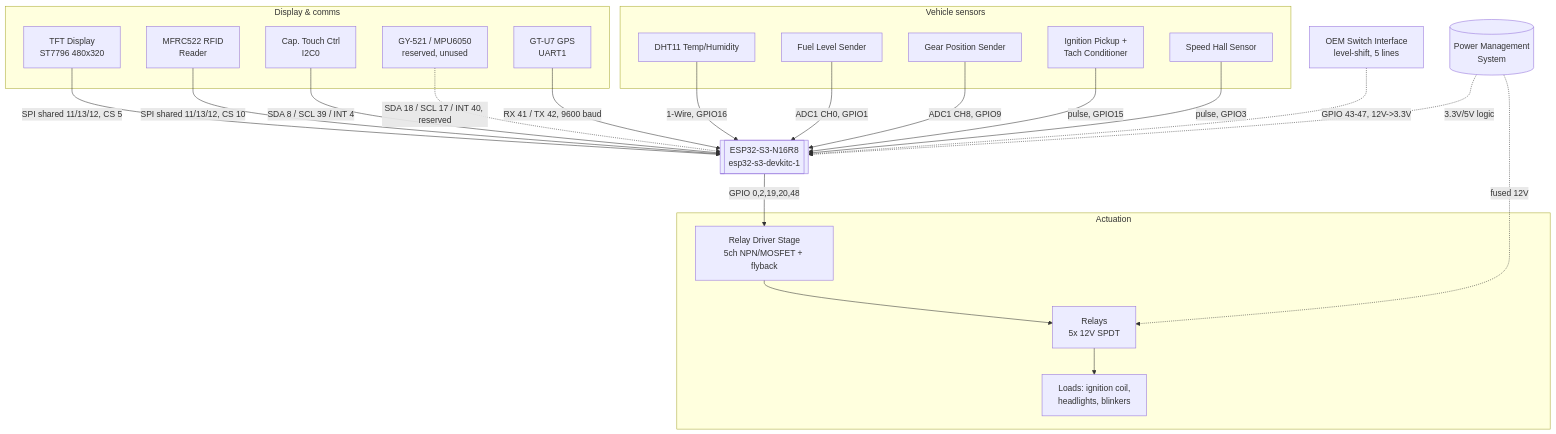
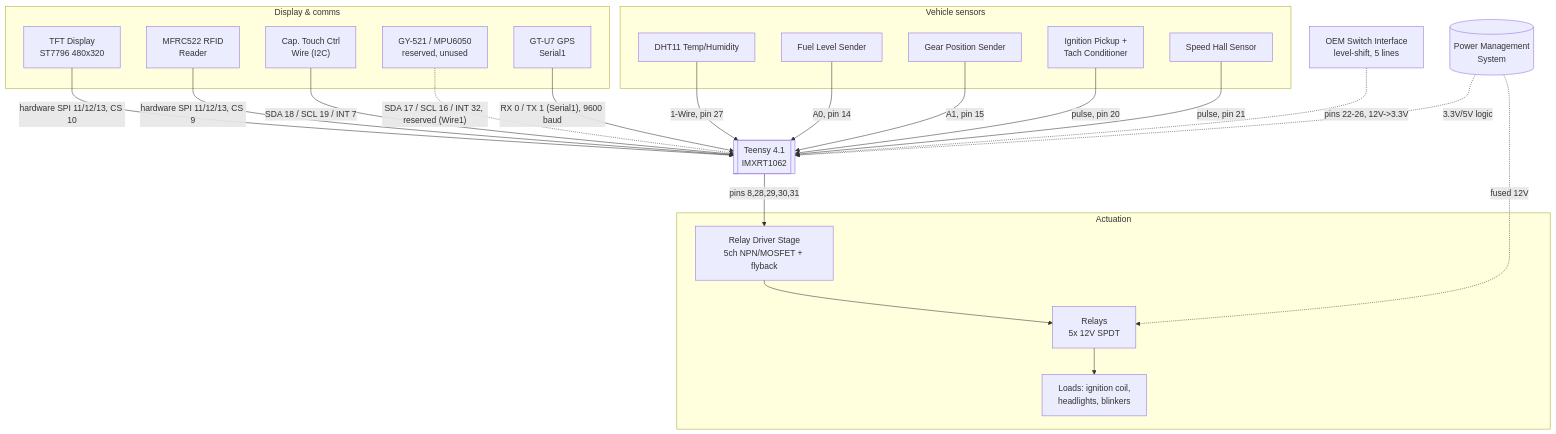
The first of 2 diagrams in WIRING.md (JakeVandal/DucatiElectronics), drawn with Mermaid before and after one commit. The commit also changed other lines of this file and 5 other files, not shown here.

````diff
--- a/WIRING.md
+++ b/WIRING.md
@@ -10,49 +12,49 @@
 ```mermaid
 flowchart TB
     subgraph UI["Display & comms"]
         TFT["TFT Display<br/>ST7796 480x320"]
         RFID["MFRC522 RFID<br/>Reader"]
-        TOUCH["Cap. Touch Ctrl<br/>I2C0"]
+        TOUCH["Cap. Touch Ctrl<br/>Wire (I2C)"]
         IMU["GY-521 / MPU6050<br/>reserved, unused"]
-        GPS["GT-U7 GPS<br/>UART1"]
+        GPS["GT-U7 GPS<br/>Serial1"]
     end
 
-    MCU[["ESP32-S3-N16R8<br/>esp32-s3-devkitc-1"]]
+    MCU[["Teensy 4.1<br/>IMXRT1062"]]
 
     subgraph SENS["Vehicle sensors"]
         DHT["DHT11 Temp/Humidity"]
         FUEL["Fuel Level Sender"]
         GEAR["Gear Position Sender"]
         TACH["Ignition Pickup +<br/>Tach Conditioner"]
         SPEED["Speed Hall Sensor"]
     end
 
     SW["OEM Switch Interface<br/>level-shift, 5 lines"]
 
     subgraph OUT["Actuation"]
         DRV["Relay Driver Stage<br/>5ch NPN/MOSFET + flyback"]
         RLY["Relays<br/>5x 12V SPDT"]
         LOAD["Loads: ignition coil,<br/>headlights, blinkers"]
     end
 
     PWR[("Power Management<br/>System")]
 
-    TFT -- "SPI shared 11/13/12, CS 5" --> MCU
-    RFID -- "SPI shared 11/13/12, CS 10" --> MCU
-    TOUCH -- "SDA 8 / SCL 39 / INT 4" --> MCU
-    IMU -. "SDA 18 / SCL 17 / INT 40, reserved" .-> MCU
-    GPS -- "RX 41 / TX 42, 9600 baud" --> MCU
+    TFT -- "hardware SPI 11/12/13, CS 10" --> MCU
+    RFID -- "hardware SPI 11/12/13, CS 9" --> MCU
+    TOUCH -- "SDA 18 / SCL 19 / INT 7" --> MCU
+    IMU -. "SDA 17 / SCL 16 / INT 32, reserved (Wire1)" .-> MCU
+    GPS -- "RX 0 / TX 1 (Serial1), 9600 baud" --> MCU
 
-    DHT -- "1-Wire, GPIO16" --> MCU
-    FUEL -- "ADC1 CH0, GPIO1" --> MCU
-    GEAR -- "ADC1 CH8, GPIO9" --> MCU
-    TACH -- "pulse, GPIO15" --> MCU
-    SPEED -- "pulse, GPIO3" --> MCU
-    SW -. "GPIO 43-47, 12V->3.3V" .-> MCU
+    DHT -- "1-Wire, pin 27" --> MCU
+    FUEL -- "A0, pin 14" --> MCU
+    GEAR -- "A1, pin 15" --> MCU
+    TACH -- "pulse, pin 20" --> MCU
+    SPEED -- "pulse, pin 21" --> MCU
+    SW -. "pins 22-26, 12V->3.3V" .-> MCU
 
-    MCU -- "GPIO 0,2,19,20,48" --> DRV
+    MCU -- "pins 8,28,29,30,31" --> DRV
     DRV --> RLY --> LOAD
 
     PWR -. "3.3V/5V logic" .-> MCU
     PWR -. "fused 12V" .-> RLY
 ```
````
